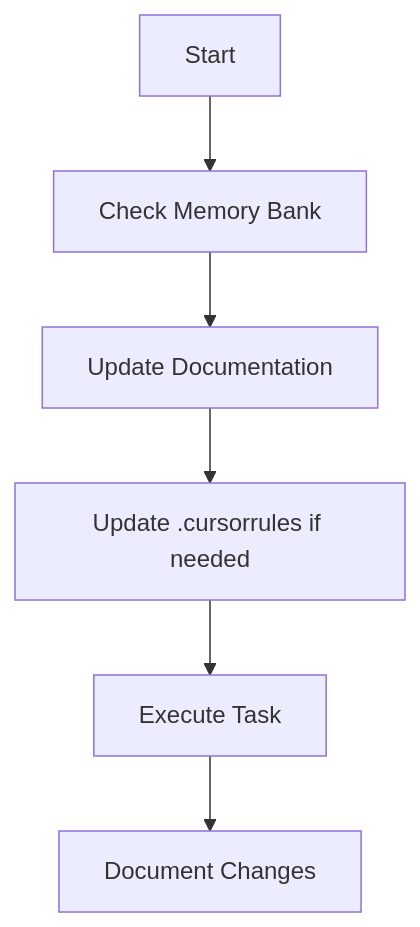
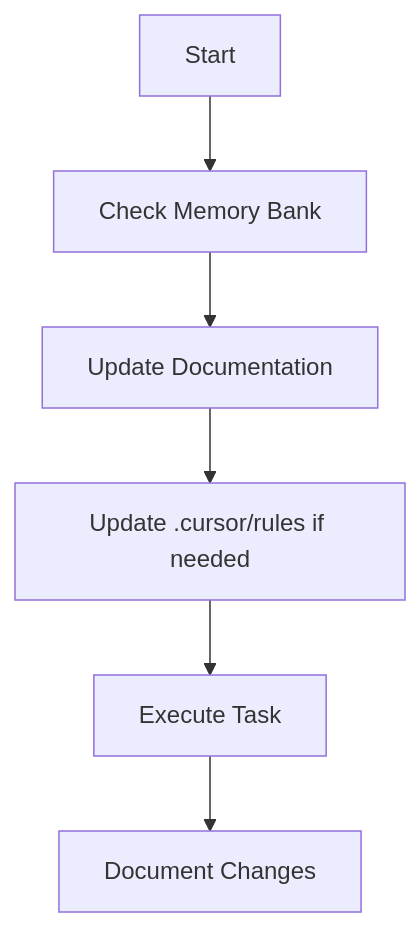
The third of 5 diagrams in .cursor/rules/mbank.mdc (whille/terris), drawn with Mermaid before and after one commit. The commit also changed other lines of this file, not shown here.

````diff
--- a/.cursor/rules/mbank.mdc
+++ b/.cursor/rules/mbank.mdc
@@ -89,8 +89,8 @@
 ```mermaid
 flowchart TD
     Start[Start] --> Context[Check Memory Bank]
     Context --> Update[Update Documentation]
-    Update --> Rules[Update .cursorrules if needed]
+    Update --> Rules[Update .cursor/rules if needed]
     Rules --> Execute[Execute Task]
     Execute --> Document[Document Changes]
 ```
````
